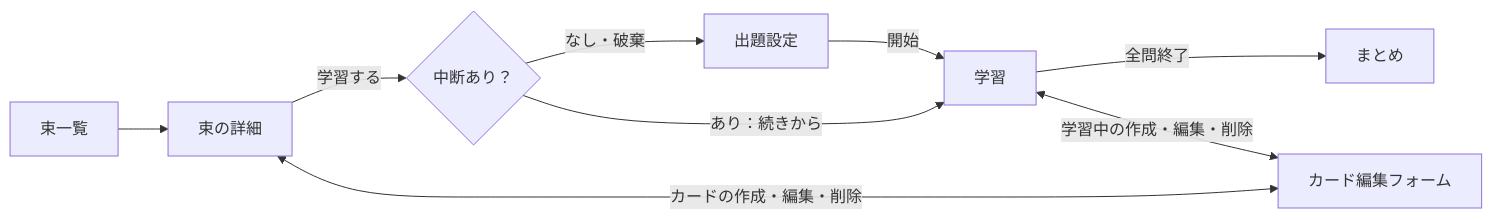
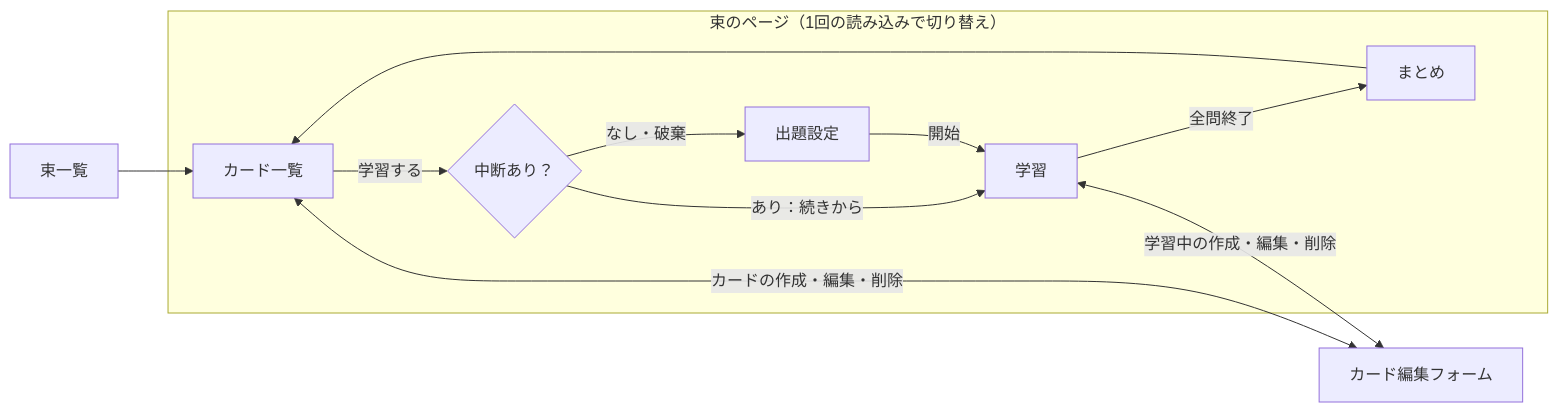
The diagram in docs/anki/requirements.md (take5553/slim), drawn with Mermaid before and after one commit. The commit also changed other lines of this file, not shown here.

````diff
--- a/docs/anki/requirements.md
+++ b/docs/anki/requirements.md
@@ -91,11 +118,14 @@
 ```mermaid
 flowchart LR
-    decks[束一覧] --> deck[束の詳細]
-    deck -- 学習する --> resume{中断あり？}
-    resume -- なし・破棄 --> setup[出題設定]
-    resume -- あり：続きから --> study[学習]
-    setup -- 開始 --> study
-    study -- 全問終了 --> summary[まとめ]
-    deck <-- カードの作成・編集・削除 --> form[カード編集フォーム]
+    decks[束一覧] --> list[カード一覧]
+    subgraph deckpage [束のページ（1回の読み込みで切り替え）]
+        list -- 学習する --> resume{中断あり？}
+        resume -- なし・破棄 --> setup[出題設定]
+        resume -- あり：続きから --> study[学習]
+        setup -- 開始 --> study
+        study -- 全問終了 --> summary[まとめ]
+        summary --> list
+    end
+    list <-- カードの作成・編集・削除 --> form[カード編集フォーム]
     study <-- 学習中の作成・編集・削除 --> form
 ```
````
